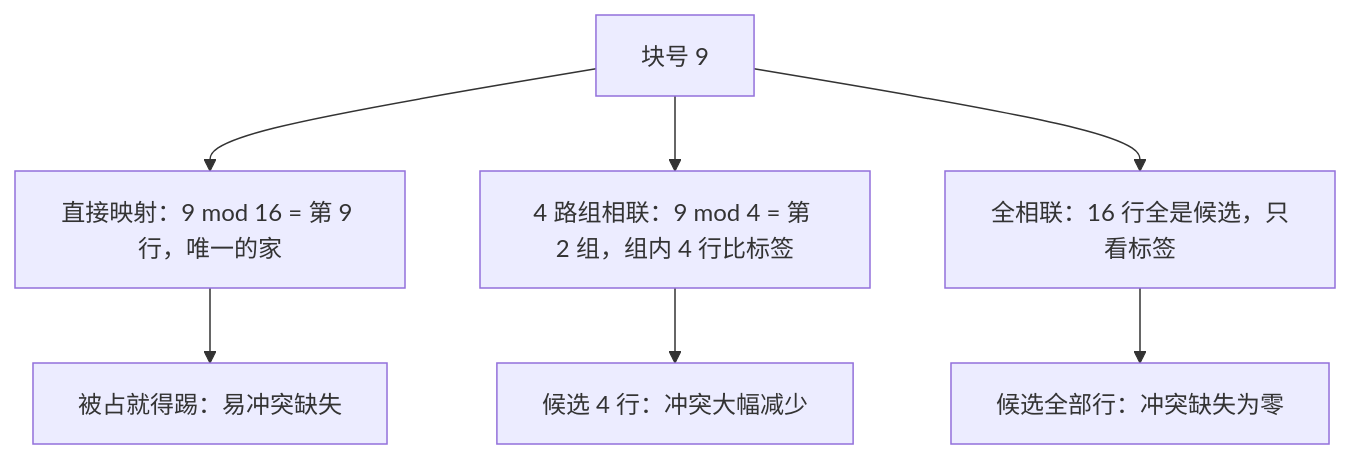
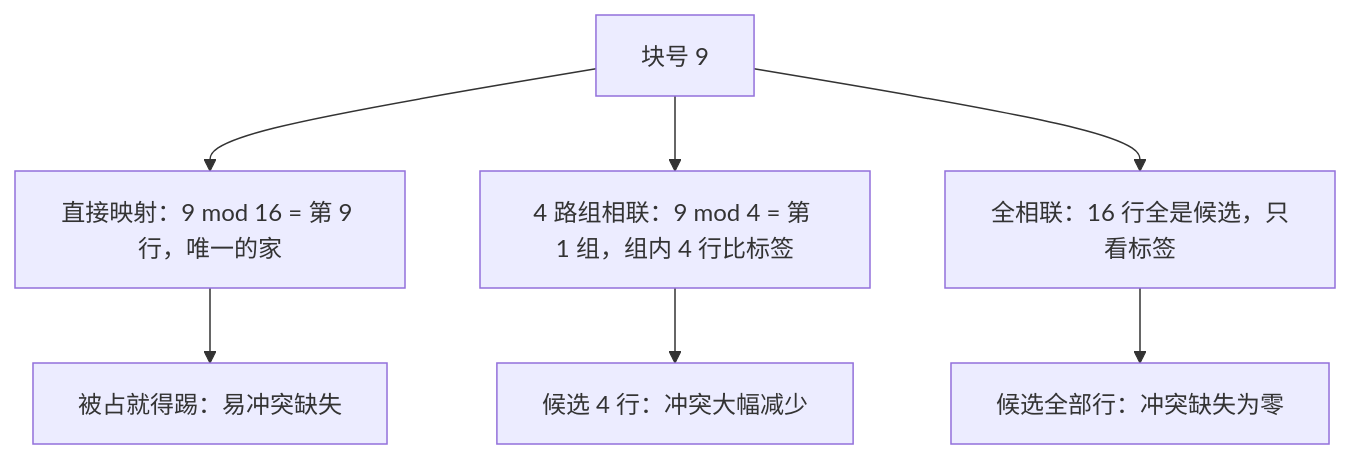
One commit to xhongduo-tech/xhongduo-tech.github.io changed the second of 2 diagrams in docs/cs/fully-associative.md. Above: the diagram before and after it, drawn with Mermaid. The commit also changed other lines of this file and 5 other files, not shown here.

````diff
--- a/docs/cs/fully-associative.md
+++ b/docs/cs/fully-associative.md
@@ -47,9 +47,9 @@
 ```mermaid
 flowchart TD
   BLK["块号 9"] --> DM["直接映射：9 mod 16 = 第 9 行，唯一的家"]
-  BLK --> SA["4 路组相联：9 mod 4 = 第 2 组，组内 4 行比标签"]
+  BLK --> SA["4 路组相联：9 mod 4 = 第 1 组，组内 4 行比标签"]
   BLK --> FA["全相联：16 行全是候选，只看标签"]
   DM --> DMH["被占就得踢：易冲突缺失"]
   SA --> SAH["候选 4 行：冲突大幅减少"]
   FA --> FAH["候选全部行：冲突缺失为零"]
 ```
````
